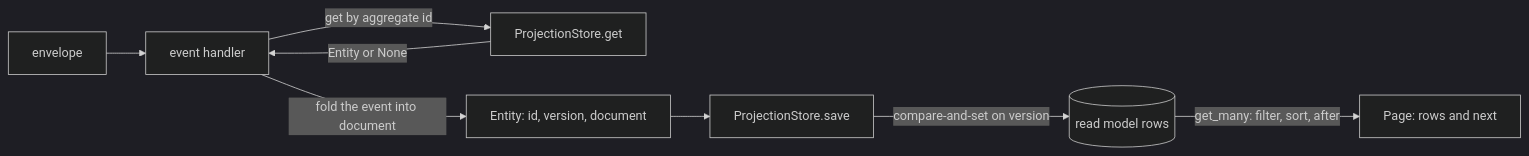
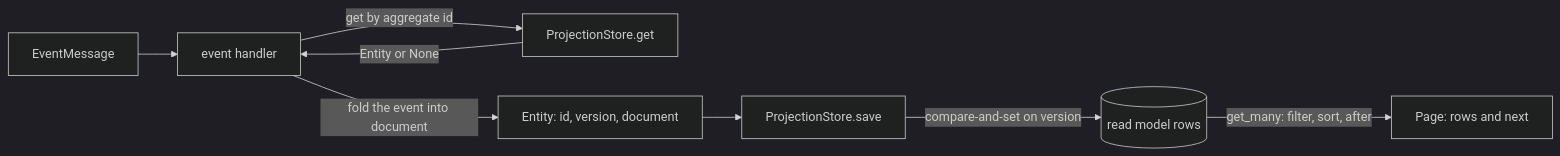
The first of 4 diagrams in docs/sdk/projections.md (haskian/edax), drawn with Mermaid (dark theme) before and after one commit. The commit also changed other lines of this file and 175 other files, not shown here.

````diff
--- a/docs/sdk/projections.md
+++ b/docs/sdk/projections.md
@@ -10,10 +10,10 @@
 ```mermaid
 flowchart LR
-    E["envelope"] --> H["event handler"]
+    E["EventMessage"] --> H["event handler"]
     H -->|"get by aggregate id"| G["ProjectionStore.get"]
     G -->|"Entity or None"| H
     H -->|"fold the event into document"| N["Entity: id, version, document"]
     N --> S["ProjectionStore.save"]
     S -->|"compare-and-set on version"| D[("read model rows")]
     D -->|"get_many: filter, sort, after"| Q["Page: rows and next"]
 ```
````
